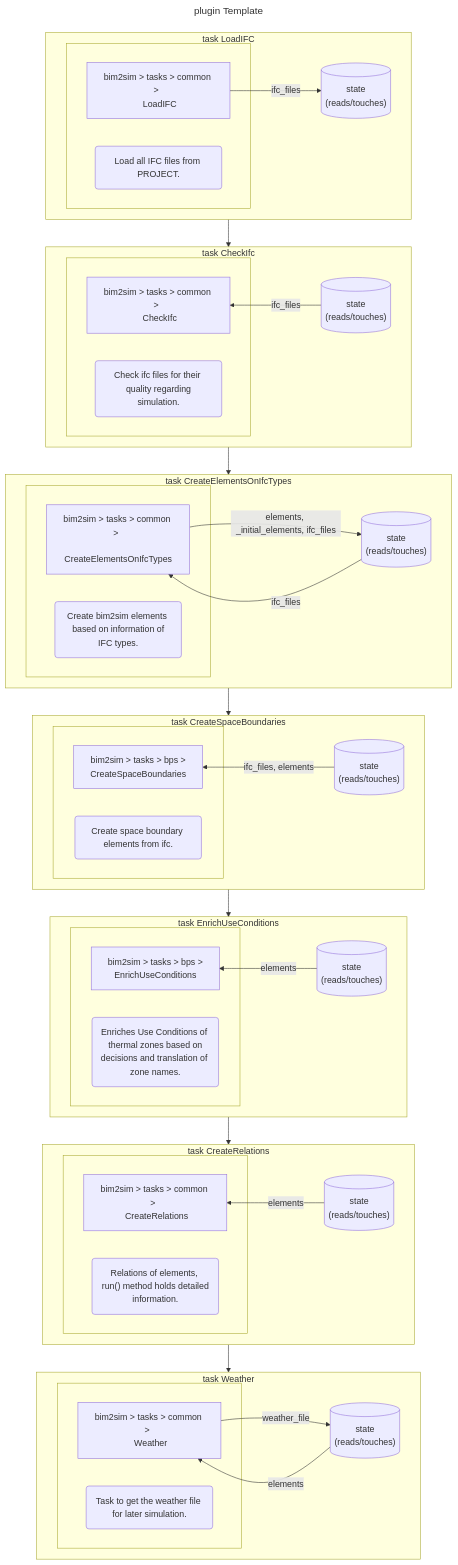
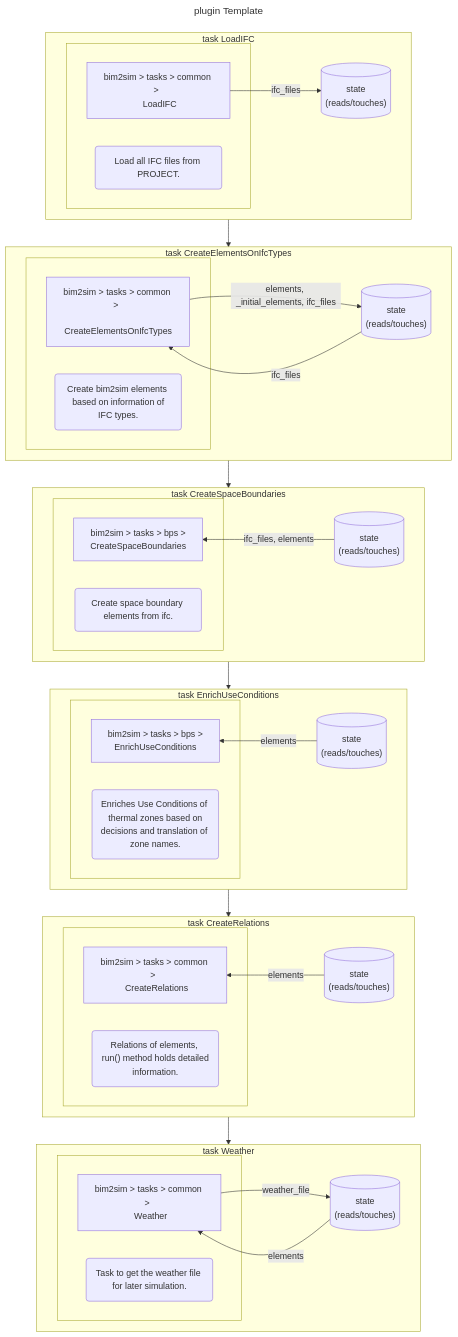
One commit to BIM2SIM/bim2sim changed the diagram in docs/source/img/dynamic/plugindiagram/template_structure_decentral_state.mmd. Above: the diagram before and after it, drawn with Mermaid. The commit also changed 2 other files, not shown here.

```diff
--- a/docs/source/img/dynamic/plugindiagram/template_structure_decentral_state.mmd
+++ b/docs/source/img/dynamic/plugindiagram/template_structure_decentral_state.mmd
@@ -1,123 +1,106 @@
 ---
 title: plugin Template
 ---
 flowchart TB
     
 subgraph taskLoadIFC["task LoadIFC"]
  subgraph "" 
 
   tLoadIFC["bim2sim > tasks > common >  
  LoadIFC"]
   extLoadIFC(" Load all IFC files from PROJECT. " )
  end
 
 stateLoadIFC[("state
  (reads/touches)")]
     
 tLoadIFC -- ifc_files --> stateLoadIFC
 
-end
-    
-subgraph taskCheckIfc["task CheckIfc"]
- subgraph "" 
-
-  tCheckIfc["bim2sim > tasks > common >  
- CheckIfc"]
-  extCheckIfc("  Check ifc files for their quality regarding
-simulation. " )
- end
-
-stateCheckIfc[("state
- (reads/touches)")]
-    
-stateCheckIfc -- ifc_files --> tCheckIfc
-direction RL
 end
     
 subgraph taskCreateElementsOnIfcTypes["task CreateElementsOnIfcTypes"]
  subgraph "" 
 
   tCreateElementsOnIfcTypes["bim2sim > tasks > common >  
  CreateElementsOnIfcTypes"]
   extCreateElementsOnIfcTypes(" Create bim2sim elements based on information of
 IFC types. " )
  end
 
 stateCreateElementsOnIfcTypes[("state
  (reads/touches)")]
     
 stateCreateElementsOnIfcTypes -- ifc_files --> tCreateElementsOnIfcTypes
 
 tCreateElementsOnIfcTypes -- elements, _initial_elements, ifc_files --> stateCreateElementsOnIfcTypes
 
 end
     
 subgraph taskCreateSpaceBoundaries["task CreateSpaceBoundaries"]
  subgraph "" 
 
   tCreateSpaceBoundaries["bim2sim > tasks > bps >  
  CreateSpaceBoundaries"]
   extCreateSpaceBoundaries(" Create space boundary elements from ifc. " )
  end
 
 stateCreateSpaceBoundaries[("state
  (reads/touches)")]
     
 stateCreateSpaceBoundaries -- ifc_files, elements --> tCreateSpaceBoundaries
 direction RL
 end
     
 subgraph taskEnrichUseConditions["task EnrichUseConditions"]
  subgraph "" 
 
   tEnrichUseConditions["bim2sim > tasks > bps >  
  EnrichUseConditions"]
   extEnrichUseConditions(" Enriches Use Conditions of thermal zones based on
 decisions and translation of zone names. " )
  end
 
 stateEnrichUseConditions[("state
  (reads/touches)")]
     
 stateEnrichUseConditions -- elements --> tEnrichUseConditions
 direction RL
 end
     
 subgraph taskCreateRelations["task CreateRelations"]
  subgraph "" 
 
   tCreateRelations["bim2sim > tasks > common >  
  CreateRelations"]
   extCreateRelations(" Relations of elements, run() method holds detailed
 information. " )
  end
 
 stateCreateRelations[("state
  (reads/touches)")]
     
 stateCreateRelations -- elements --> tCreateRelations
 direction RL
 end
     
 subgraph taskWeather["task Weather"]
  subgraph "" 
 
   tWeather["bim2sim > tasks > common >  
  Weather"]
   extWeather(" Task to get the weather file for later simulation. " )
  end
 
 stateWeather[("state
  (reads/touches)")]
     
 stateWeather -- elements --> tWeather
 
 tWeather -- weather_file --> stateWeather
 
 end
-    taskLoadIFC --> taskCheckIfc 
-taskCheckIfc --> taskCreateElementsOnIfcTypes 
+    taskLoadIFC --> taskCreateElementsOnIfcTypes 
 taskCreateElementsOnIfcTypes --> taskCreateSpaceBoundaries 
 taskCreateSpaceBoundaries --> taskEnrichUseConditions 
 taskEnrichUseConditions --> taskCreateRelations 
 taskCreateRelations --> taskWeather 
```
